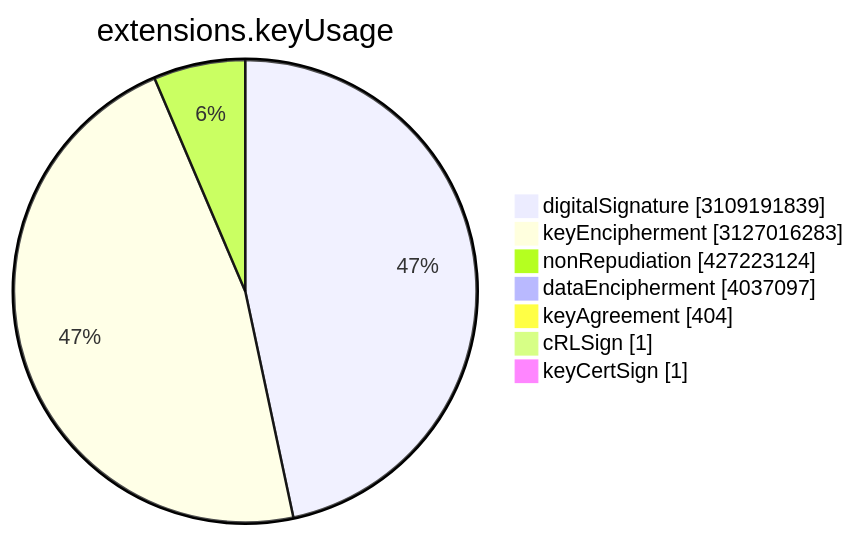
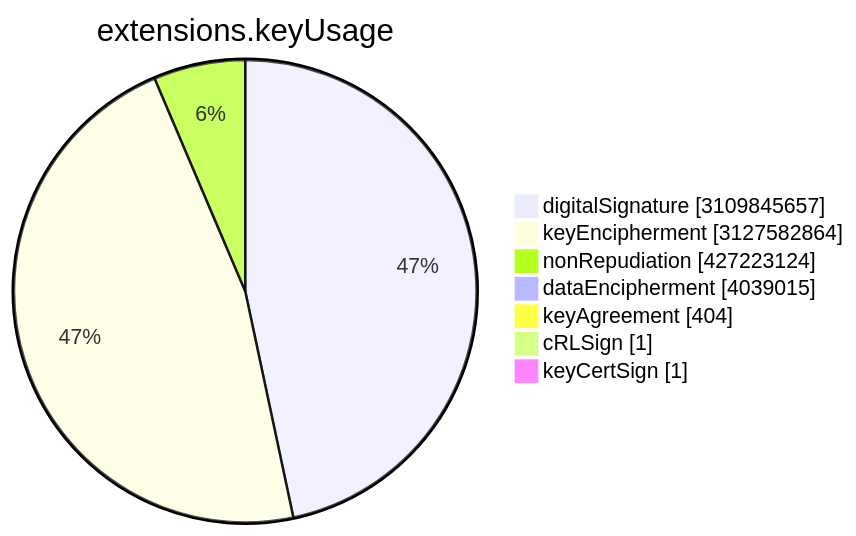
Before and after one commit to christiankrug/ctmonitor_visualization: the sixth of 15 diagrams in TOTAL/README.md, drawn with Mermaid. The commit also changed other lines of this file, not shown here.

````diff
--- a/TOTAL/README.md
+++ b/TOTAL/README.md
@@ -3077,11 +3077,11 @@
 ```mermaid
 pie showData
 title extensions.keyUsage
-"digitalSignature" :3109191839
-"keyEncipherment" :3127016283
+"digitalSignature" :3109845657
+"keyEncipherment" :3127582864
 "nonRepudiation" :427223124
-"dataEncipherment" :4037097
+"dataEncipherment" :4039015
 "keyAgreement" :404
 "cRLSign" :1
 "keyCertSign" :1
 ```
````
